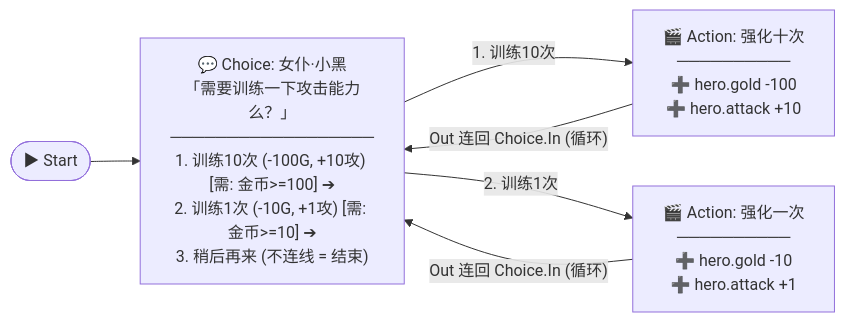
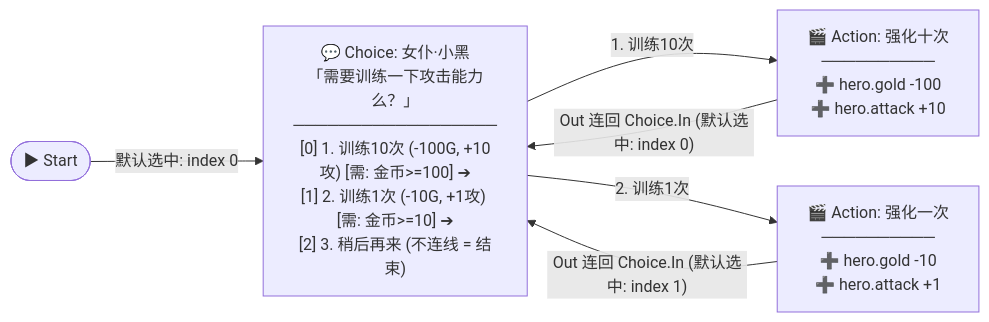
The first of 2 diagrams in ACTION_TREE_DESIGN.md (zpt0219/game_task_system), drawn with Mermaid before and after one commit. The commit also changed other lines of this file and 13 other files, not shown here.

First line of the commit message:
feat: implement Action Tree visual sub-graph and remove legacy branches (Plan A)

````diff
--- a/ACTION_TREE_DESIGN.md
+++ b/ACTION_TREE_DESIGN.md
@@ -83,10 +86,10 @@
 ```mermaid
 flowchart LR
-  Start(["▶ Start"]) --> ChoiceTrain["💬 Choice: 女仆·小黑<br/>「需要训练一下攻击能力么？」<br/>──────────────────<br/>1. 训练10次 (-100G, +10攻) [需: 金币>=100] ➔<br/>2. 训练1次 (-10G, +1攻) [需: 金币>=10] ➔<br/>3. 稍后再来 (不连线 = 结束)"]
+  Start(["▶ Start"]) -- "默认选中: index 0" --> ChoiceTrain["💬 Choice: 女仆·小黑<br/>「需要训练一下攻击能力么？」<br/>──────────────────<br/>[0] 1. 训练10次 (-100G, +10攻) [需: 金币>=100] ➔<br/>[1] 2. 训练1次 (-10G, +1攻) [需: 金币>=10] ➔<br/>[2] 3. 稍后再来 (不连线 = 结束)"]
 
   ChoiceTrain -- "1. 训练10次" --> Act10["🎬 Action: 强化十次<br/>──────────<br/>➕ hero.gold -100<br/>➕ hero.attack +10"]
   ChoiceTrain -- "2. 训练1次" --> Act1["🎬 Action: 强化一次<br/>──────────<br/>➕ hero.gold -10<br/>➕ hero.attack +1"]
 
-  Act10 -- "Out 连回 Choice.In (循环)" --> ChoiceTrain
-  Act1 -- "Out 连回 Choice.In (循环)" --> ChoiceTrain
+  Act10 -- "Out 连回 Choice.In (默认选中: index 0)" --> ChoiceTrain
+  Act1 -- "Out 连回 Choice.In (默认选中: index 1)" --> ChoiceTrain
 ```
````
